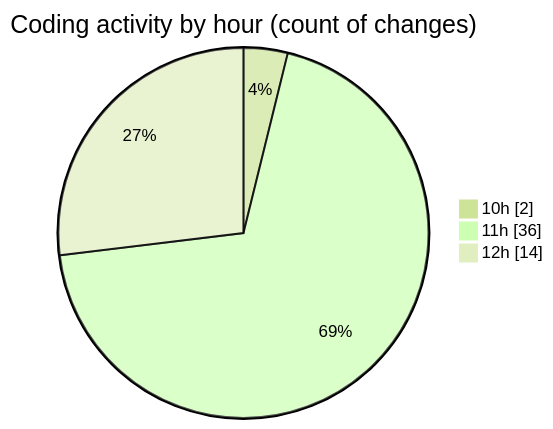
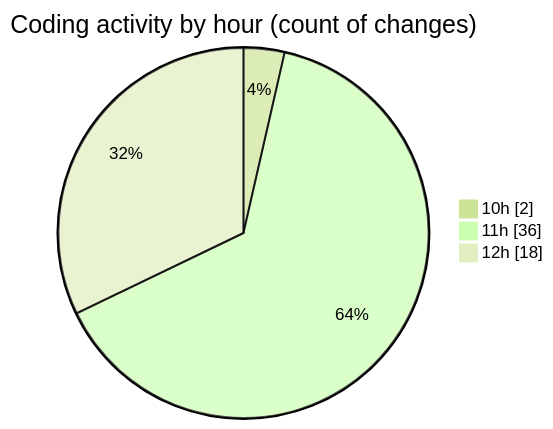
Before and after one commit to nxtqubesakshisongat/code-tracking: the second of 2 diagrams in 2025-05-13/argos-dev/README.md, drawn with Mermaid (forest theme). The commit also changed other lines of this file and 1 other file, not shown here.

````diff
--- a/2025-05-13/argos-dev/README.md
+++ b/2025-05-13/argos-dev/README.md
@@ -31,7 +31,7 @@
 ```mermaid
 pie showData
 title Coding activity by hour (count of changes)
 "10h" : 2
 "11h" : 36
-"12h" : 14
+"12h" : 18
 ```
````
